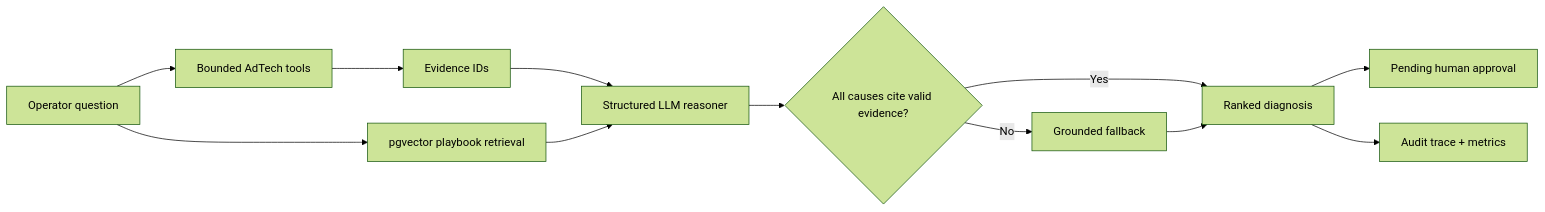
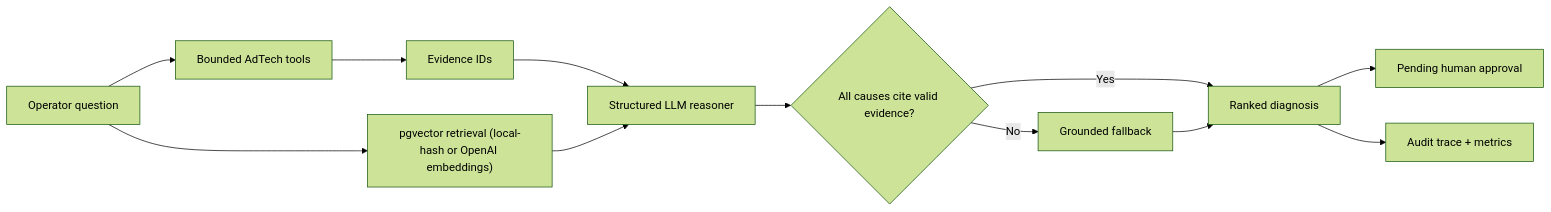
One commit to YashawantParab/adops-signal-mcp-governance changed the first of 2 diagrams in README.md. Above: the diagram before and after it, drawn with Mermaid (forest theme). The commit also changed other lines of this file and 24 other files, not shown here.

````diff
--- a/README.md
+++ b/README.md
@@ -104,14 +104,14 @@
 ```mermaid
 flowchart LR
     Query["Operator question"] --> Tools["Bounded AdTech tools"]
     Tools --> Facts["Evidence IDs"]
-    Query --> RAG["pgvector playbook retrieval"]
+    Query --> RAG["pgvector retrieval (local-hash or OpenAI embeddings)"]
     Facts --> LLM["Structured LLM reasoner"]
     RAG --> LLM
     LLM --> Validate{"All causes cite valid evidence?"}
     Validate -->|Yes| Result["Ranked diagnosis"]
     Validate -->|No| Fallback["Grounded fallback"]
     Fallback --> Result
     Result --> Approval["Pending human approval"]
     Result --> Audit["Audit trace + metrics"]
 ```
````
